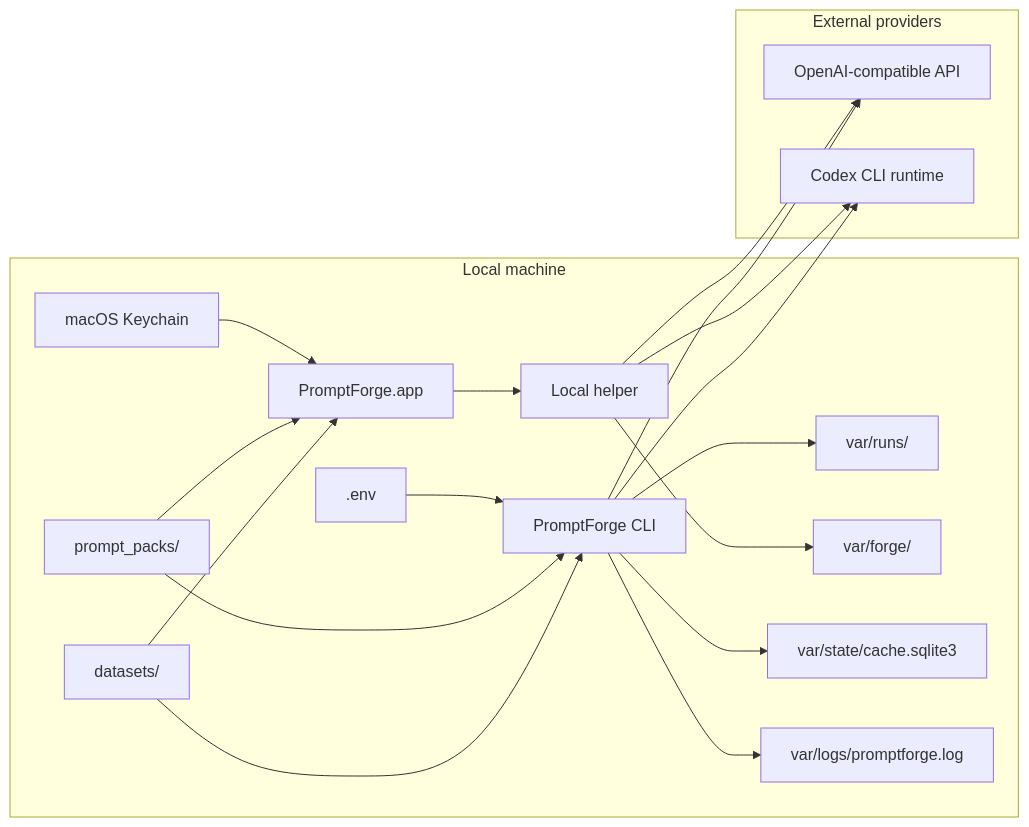
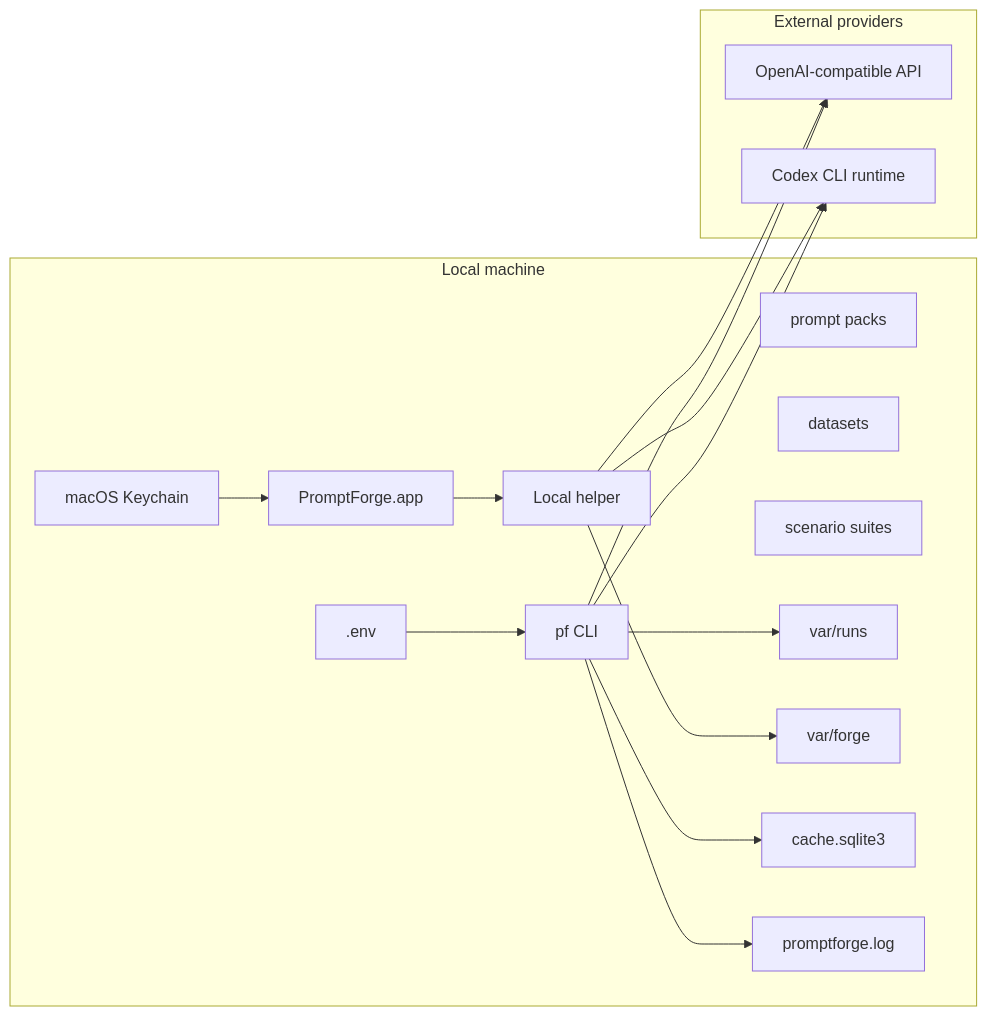
The diagram in docs/security-and-safety.md (MikesHorcrux/PromptForge), drawn with Mermaid before and after one commit. The commit also changed other lines of this file and 18 other files, not shown here.

Commit message:
Overhaul PromptForge documentation set

````diff
--- a/docs/security-and-safety.md
+++ b/docs/security-and-safety.md
@@ -44,37 +47,34 @@
 ```mermaid
 flowchart LR
   subgraph Local["Local machine"]
     Env[".env"]
     Keychain["macOS Keychain"]
-    Packs["prompt_packs/"]
-    Data["datasets/"]
     App["PromptForge.app"]
     Helper["Local helper"]
-    CLI["PromptForge CLI"]
-    Runs["var/runs/"]
-    Forge["var/forge/"]
-    Cache["var/state/cache.sqlite3"]
-    Logs["var/logs/promptforge.log"]
+    CLI["pf CLI"]
+    Packs["prompt packs"]
+    Data["datasets"]
+    Scenarios["scenario suites"]
+    Runs["var/runs"]
+    Forge["var/forge"]
+    Cache["cache.sqlite3"]
+    Logs["promptforge.log"]
   end
 
   subgraph External["External providers"]
     OpenAI["OpenAI-compatible API"]
     Codex["Codex CLI runtime"]
   end
 
   Env --> CLI
   Keychain --> App
-  Packs --> CLI
-  Packs --> App
-  Data --> CLI
-  Data --> App
   App --> Helper
   Helper --> OpenAI
   Helper --> Codex
-  Helper --> Forge
   CLI --> OpenAI
   CLI --> Codex
+  Helper --> Forge
   CLI --> Runs
   CLI --> Cache
   CLI --> Logs
 ```
````
